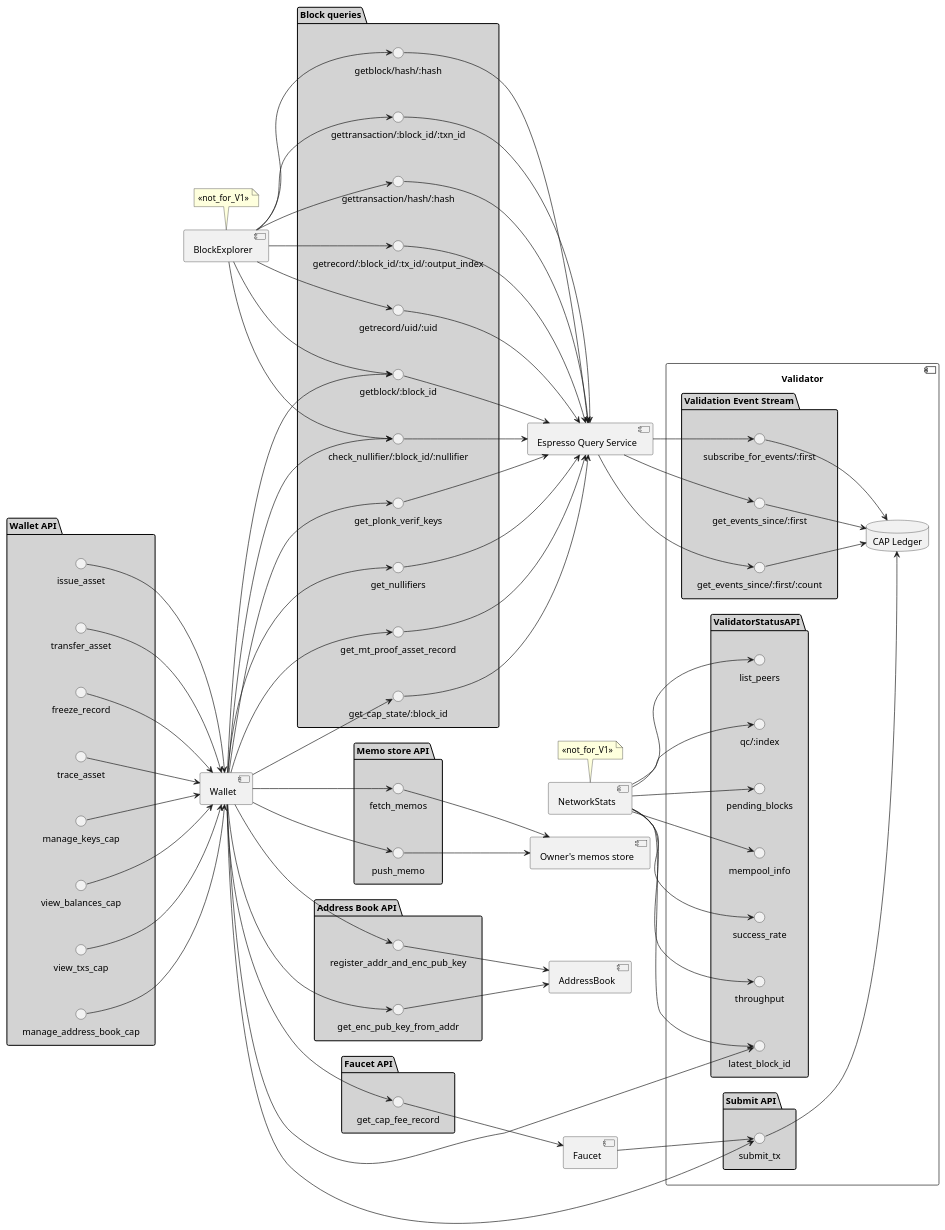
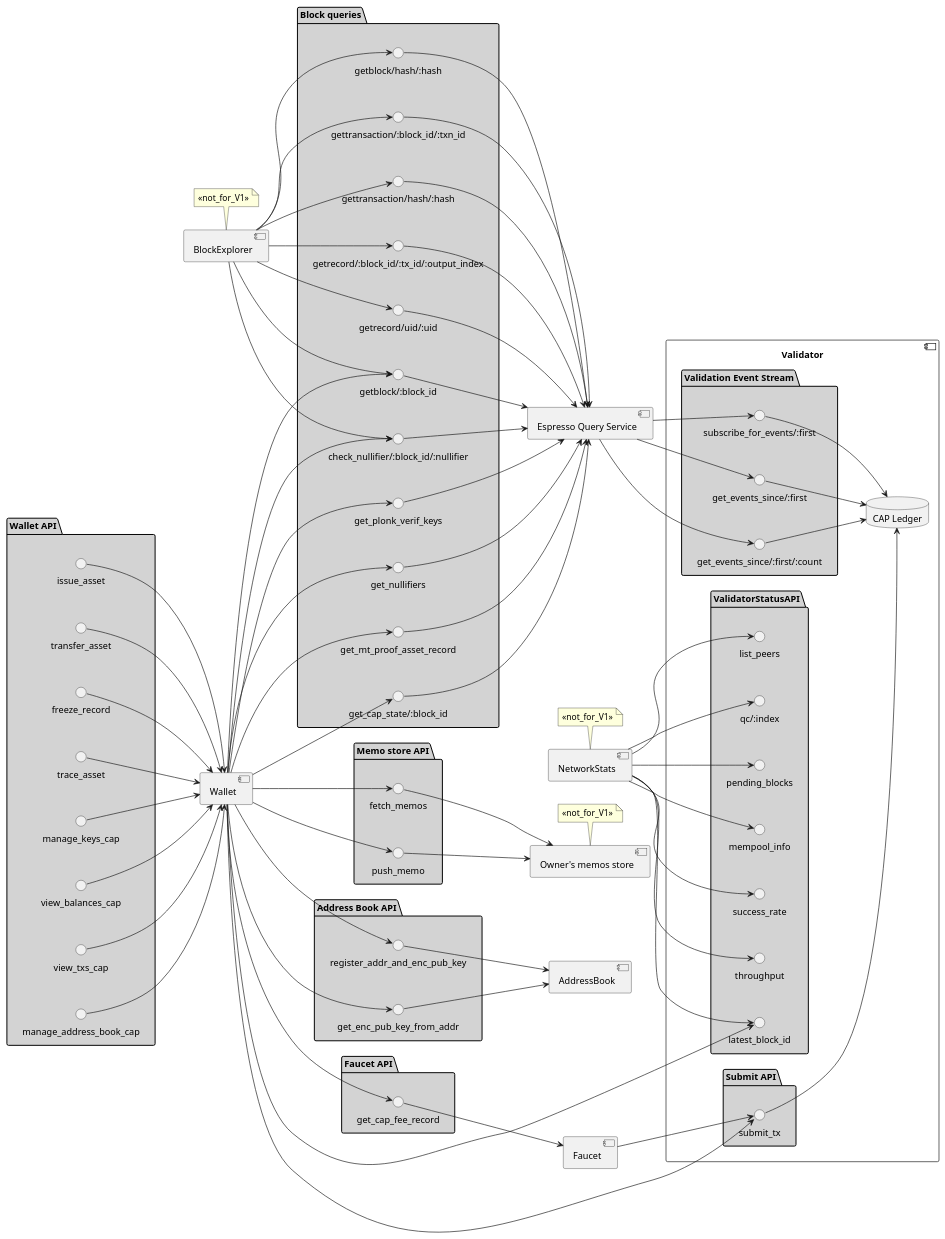
The diagram in doc/architecture/global_architecture_components_diagram.puml (EspressoSystems/espresso), drawn with PlantUML before and after one commit.

Commit message:
Add a note "not for V1" for OMS component.

```diff
--- a/doc/architecture/global_architecture_components_diagram.puml
+++ b/doc/architecture/global_architecture_components_diagram.puml
@@ -1,137 +1,138 @@
 @startuml
 
 component "Wallet" as Wallet
 left to right direction
 
 package "Wallet API" #lightgray {
     issue_asset --> Wallet
     transfer_asset --> Wallet
     freeze_record --> Wallet
     trace_asset --> Wallet
     manage_keys_cap --> Wallet
     view_balances_cap --> Wallet
     view_txs_cap --> Wallet
     manage_address_book_cap --> Wallet
 }
 
 component "Espresso Query Service" as EsQS
 component BlockExplorer as BE
 note top of BE: <<not_for_V1>>
 
 component NetworkStats as NS
 note top of NS: <<not_for_V1>>
 
 [Owner's memos store] as OMS
+note top of OMS: <<not_for_V1>>
 package "Memo store API" #lightgray {
     interface fetch_memos
     interface push_memo
     fetch_memos --> OMS
     push_memo --> OMS
 }
 
 [AddressBook] as AB
 package "Address Book API" #lightgray {
     interface register_addr_and_enc_pub_key
     interface get_enc_pub_key_from_addr
     register_addr_and_enc_pub_key --> AB
     get_enc_pub_key_from_addr --> AB
 }
 
 [Faucet] as F
 package "Faucet API" #lightgray {
     get_cap_fee_record --> F
 }
 
 package "Block queries" as BQ #lightgray {
     interface "getblock/:block_id" as get_block_block_id
     interface  "getblock/hash/:hash" as get_block_hash
     interface  "gettransaction/:block_id/:txn_id" as get_transaction_block_id_tx_id
     interface "gettransaction/hash/:hash" as get_transaction_hash
     interface "getrecord/:block_id/:tx_id/:output_index" as get_record_block_id_tx_id_output_index
     interface "getrecord/uid/:uid" as get_record_uid
     interface "check_nullifier/:block_id/:nullifier" as check_nullifier_block_id_nullifier
     interface "get_cap_state/:block_id" as get_cap_state_block_id
 
     get_block_block_id --> EsQS
     get_block_hash --> EsQS
     get_transaction_block_id_tx_id --> EsQS
     get_transaction_hash --> EsQS
     get_record_block_id_tx_id_output_index --> EsQS
     get_record_uid --> EsQS
     check_nullifier_block_id_nullifier --> EsQS
 
     get_cap_state_block_id --> EsQS
     get_plonk_verif_keys --> EsQS
     get_nullifiers --> EsQS
     get_mt_proof_asset_record --> EsQS
 
 }
 
 component Validator #white {
 
     package "Submit API" #lightgray {
         interface submit_tx
     }
 
     package ValidatorStatusAPI #lightgray {
         interface list_peers
         interface "qc/:index" as qc_index
         interface "pending_blocks"
         interface latest_block_id
         interface mempool_info
         interface success_rate
         interface throughput
     }
 
     package "Validation Event Stream" as VES #lightgray {
         interface "subscribe_for_events/:first" as sus_events_first
         interface  "get_events_since/:first" as get_events_since_first
         interface  "get_events_since/:first/:count" as get_events_since_first_count
     }
 
     database "CAP Ledger" as CAPLedger{
         submit_tx --> CAPLedger
     }
 
     sus_events_first --> CAPLedger
     get_events_since_first --> CAPLedger
     get_events_since_first_count --> CAPLedger
 }
 
 Wallet --> fetch_memos
 Wallet --> submit_tx
 Wallet --> push_memo
 Wallet --> get_mt_proof_asset_record
 Wallet --> register_addr_and_enc_pub_key
 Wallet --> get_enc_pub_key_from_addr
 Wallet --> get_cap_state_block_id
 Wallet --> get_plonk_verif_keys
 Wallet --> get_cap_fee_record
 Wallet --> get_nullifiers
 Wallet --> get_block_block_id
 Wallet --> check_nullifier_block_id_nullifier
 Wallet --> latest_block_id
 
 BE --> get_block_block_id
 BE --> get_block_hash
 BE --> get_transaction_block_id_tx_id
 BE --> get_transaction_hash
 BE --> get_record_block_id_tx_id_output_index
 BE --> get_record_uid
 BE --> check_nullifier_block_id_nullifier
 
 NS --> list_peers
 NS --> qc_index
 NS --> latest_block_id
 NS --> pending_blocks
 NS --> mempool_info
 NS --> success_rate
 NS --> throughput
 
 EsQS --> sus_events_first
 EsQS --> get_events_since_first
 EsQS --> get_events_since_first_count
 
 F --> submit_tx
 
 @enduml
```
